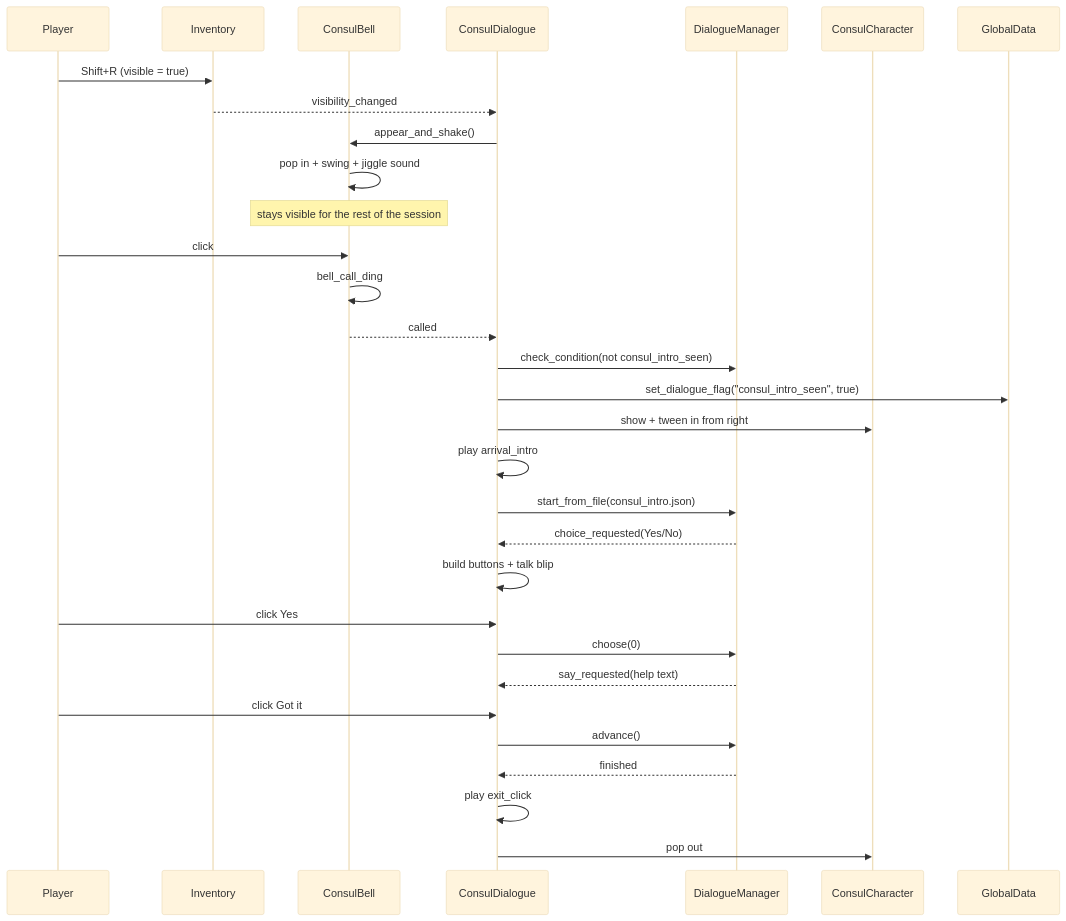
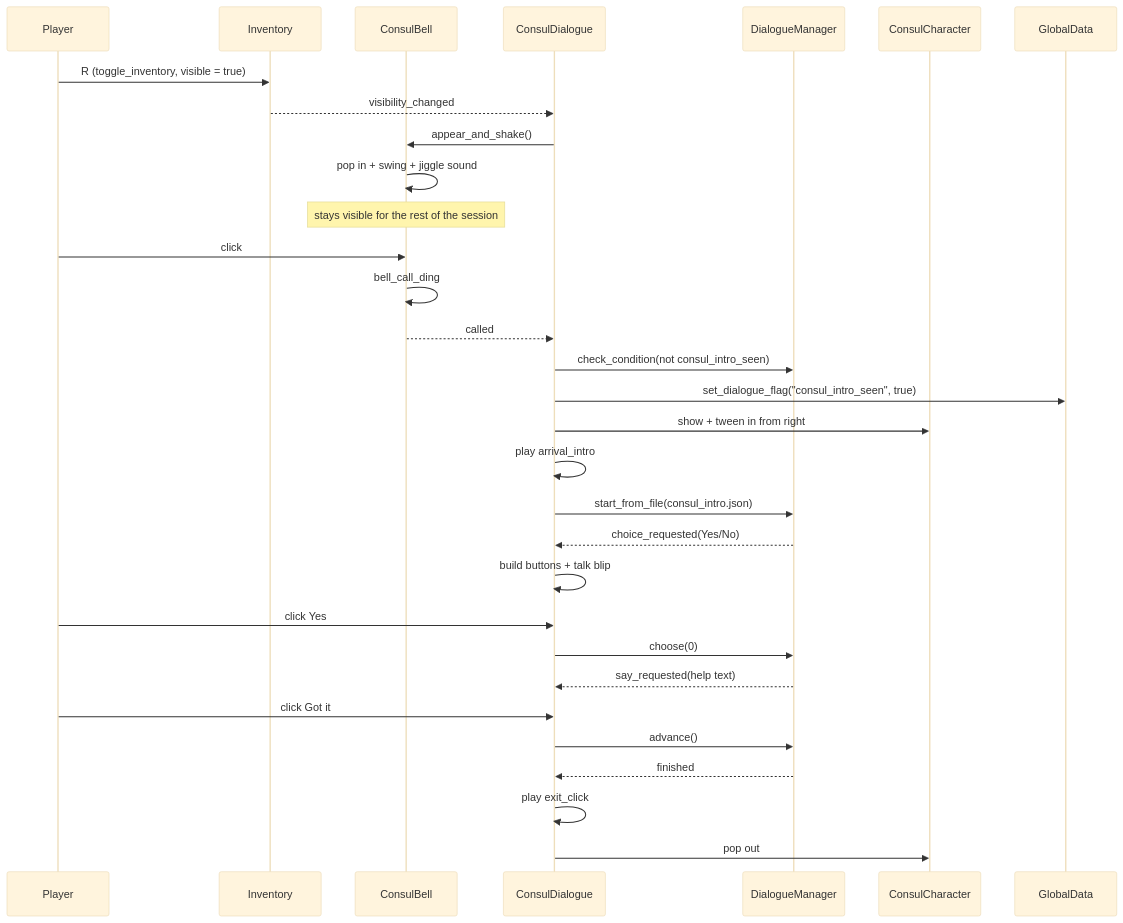
One commit to edlawrence2008-sys/Evacuation_Route_Optimizer changed the third of 3 diagrams in docs/CODEBASE_ANALYSIS.md. Above: the diagram before and after it, drawn with Mermaid (base theme). The commit also changed other lines of this file and 46 other files, not shown here.

````diff
--- a/docs/CODEBASE_ANALYSIS.md
+++ b/docs/CODEBASE_ANALYSIS.md
@@ -1063,34 +1015,34 @@
 ```mermaid
 sequenceDiagram
     participant Player
     participant Inv as Inventory
     participant Bell as ConsulBell
     participant View as ConsulDialogue
     participant Mgr as DialogueManager
     participant Consul as ConsulCharacter
     participant GlobalData
 
-    Player->>Inv: Shift+R (visible = true)
+    Player->>Inv: R (toggle_inventory, visible = true)
     Inv-->>View: visibility_changed
     View->>Bell: appear_and_shake()
     Bell->>Bell: pop in + swing + jiggle sound
     Note over Bell: stays visible for the rest of the session
     Player->>Bell: click
     Bell->>Bell: bell_call_ding
     Bell-->>View: called
     View->>Mgr: check_condition(not consul_intro_seen)
     View->>GlobalData: set_dialogue_flag("consul_intro_seen", true)
     View->>Consul: show + tween in from right
     View->>View: play arrival_intro
     View->>Mgr: start_from_file(consul_intro.json)
     Mgr-->>View: choice_requested(Yes/No)
     View->>View: build buttons + talk blip
     Player->>View: click Yes
     View->>Mgr: choose(0)
     Mgr-->>View: say_requested(help text)
     Player->>View: click Got it
     View->>Mgr: advance()
     Mgr-->>View: finished
     View->>View: play exit_click
     View->>Consul: pop out
 ```
````
